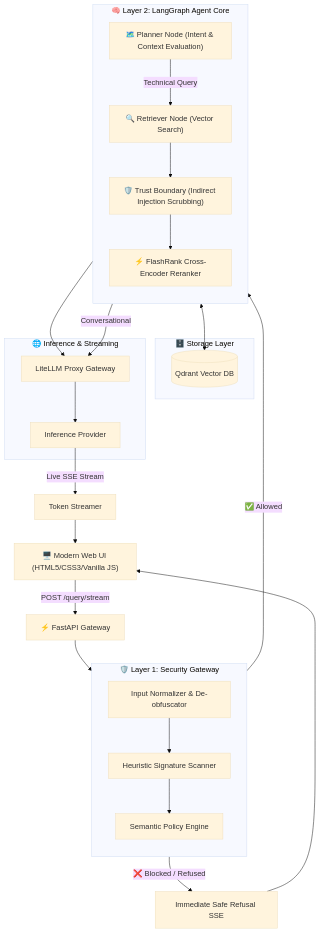
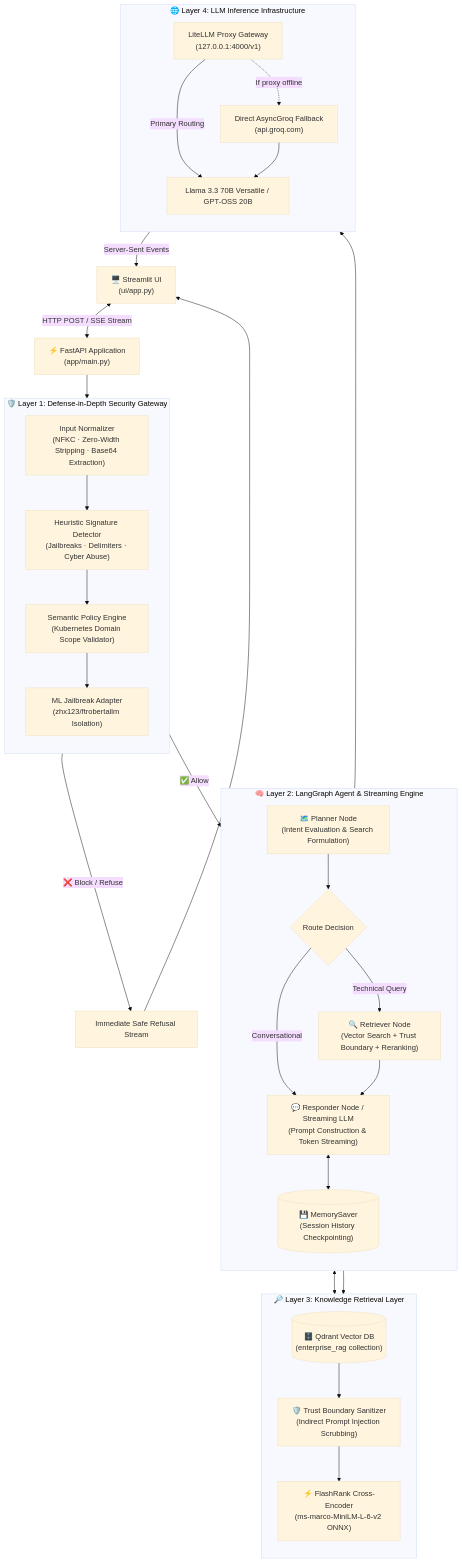
Before and after one commit to vibieprince/RAG-Chatbot-for-Kubernetes: the first of 2 diagrams in README.md, drawn with Mermaid (base theme). The commit also changed other lines of this file and 36 other files, not shown here.

First line of the commit message:
feat: implement end-to-end streaming and modernize security architecture

````diff
--- a/README.md
+++ b/README.md
@@ -44,46 +71,60 @@
 ```mermaid
 flowchart TD
-    Client["🖥️ Modern Web UI (HTML5/CSS3/Vanilla JS)"] -->|POST /query/stream| API["⚡ FastAPI Gateway"]
-    
-    subgraph SEC_GATE ["🛡️ Layer 1: Security Gateway"]
+    Client["🖥️ Streamlit UI\n(ui/app.py)"] <-->|HTTP POST / SSE Stream| API["⚡ FastAPI Application\n(app/main.py)"]
+
+    subgraph SECURITY_GATEWAY ["🛡️ Layer 1: Defense-in-Depth Security Gateway"]
         direction TB
-        NORM["Input Normalizer & De-obfuscator"]
-        SIG["Heuristic Signature Scanner"]
-        CLASS["Semantic Policy Engine"]
-        NORM --> SIG --> CLASS
+        NORM["Input Normalizer\n(NFKC · Zero-Width Stripping · Base64 Extraction)"]
+        SIG["Heuristic Signature Detector\n(Jailbreaks · Delimiters · Cyber Abuse)"]
+        SCOPE["Semantic Policy Engine\n(Kubernetes Domain Scope Validator)"]
+        ML_ADAPT["ML Jailbreak Adapter\n(zhx123/ftrobertallm Isolation)"]
+        
+        NORM --> SIG --> SCOPE --> ML_ADAPT
     end
 
-    API --> SEC_GATE
-    SEC_GATE -->|"❌ Blocked / Refused"| REFUSE["Immediate Safe Refusal SSE"]
-    REFUSE --> Client
+    API --> SECURITY_GATEWAY
+    SECURITY_GATEWAY -->|"❌ Block / Refuse"| REFUSAL["Immediate Safe Refusal Stream"] --> Client
 
-    subgraph AGENT ["🧠 Layer 2: LangGraph Agent Core"]
+    subgraph AGENT_CORE ["🧠 Layer 2: LangGraph Agent & Streaming Engine"]
         direction TB
-        PLAN["🗺️ Planner Node (Intent & Context Evaluation)"]
-        RET["🔍 Retriever Node (Vector Search)"]
-        TB["🛡️ Trust Boundary (Indirect Injection Scrubbing)"]
-        RR["⚡ FlashRank Cross-Encoder Reranker"]
-        
-        PLAN -->|Technical Query| RET
-        RET --> TB --> RR
+        PLANNER["🗺️ Planner Node\n(Intent Evaluation & Search Formulation)"]
+        ROUTER{"Route Decision"}
+        RETRIEVER["🔍 Retriever Node\n(Vector Search + Trust Boundary + Reranking)"]
+        RESPONDER["💬 Responder Node / Streaming LLM\n(Prompt Construction & Token Streaming)"]
+        CHECKPOINTER[("💾 MemorySaver\n(Session History Checkpointing)")]
+
+        PLANNER --> ROUTER
+        ROUTER -->|Technical Query| RETRIEVER
+        ROUTER -->|Conversational| RESPONDER
+        RETRIEVER --> RESPONDER
+        RESPONDER <--> CHECKPOINTER
     end
 
-    SEC_GATE -->|"✅ Allowed"| PLAN
-    
-    subgraph STORAGE ["🗄️ Storage Layer"]
-        QD[("Qdrant Vector DB")]
+    SECURITY_GATEWAY -->|"✅ Allow"| PLANNER
+
+    subgraph RETRIEVAL_INFRA ["🔎 Layer 3: Knowledge Retrieval Layer"]
+        direction TB
+        QDRANT[("🗄️ Qdrant Vector DB\n(enterprise_rag collection)")]
+        TRUST_BOUND["🛡️ Trust Boundary Sanitizer\n(Indirect Prompt Injection Scrubbing)"]
+        FLASHRANK["⚡ FlashRank Cross-Encoder\n(ms-marco-MiniLM-L-6-v2 ONNX)"]
+
+        QDRANT --> TRUST_BOUND --> FLASHRANK
     end
 
-    RET <--> QD
+    RETRIEVER <--> QDRANT
+    RETRIEVER --> TRUST_BOUND
 
-    subgraph INFERENCE ["🌐 Inference & Streaming"]
-        LITE["LiteLLM Proxy Gateway"]
-        GROQ["Inference Provider"]
-        LITE --> GROQ
+    subgraph INFERENCE_GATEWAY ["🌐 Layer 4: LLM Inference Infrastructure"]
+        direction TB
+        LITELLM["LiteLLM Proxy Gateway\n(127.0.0.1:4000/v1)"]
+        GROQ_FALLBACK["Direct AsyncGroq Fallback\n(api.groq.com)"]
+        MODELS["Llama 3.3 70B Versatile / GPT-OSS 20B"]
+
+        LITELLM -->|Primary Routing| MODELS
+        LITELLM -.->|If proxy offline| GROQ_FALLBACK
+        GROQ_FALLBACK --> MODELS
     end
 
-    RR --> LITE
-    PLAN -->|Conversational| LITE
-    GROQ -->|Live SSE Stream| STREAM["Token Streamer"]
-    STREAM --> Client
+    RESPONDER --> INFERENCE_GATEWAY
+    INFERENCE_GATEWAY -->|Server-Sent Events| Client
 ```
````
